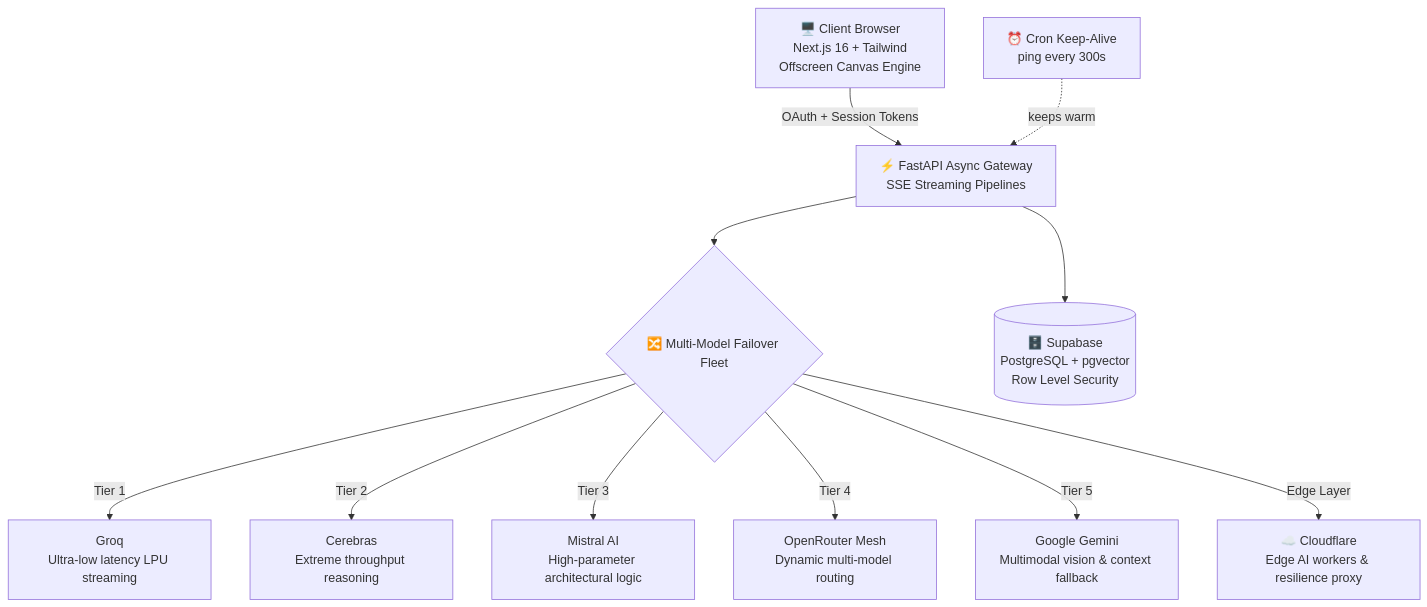
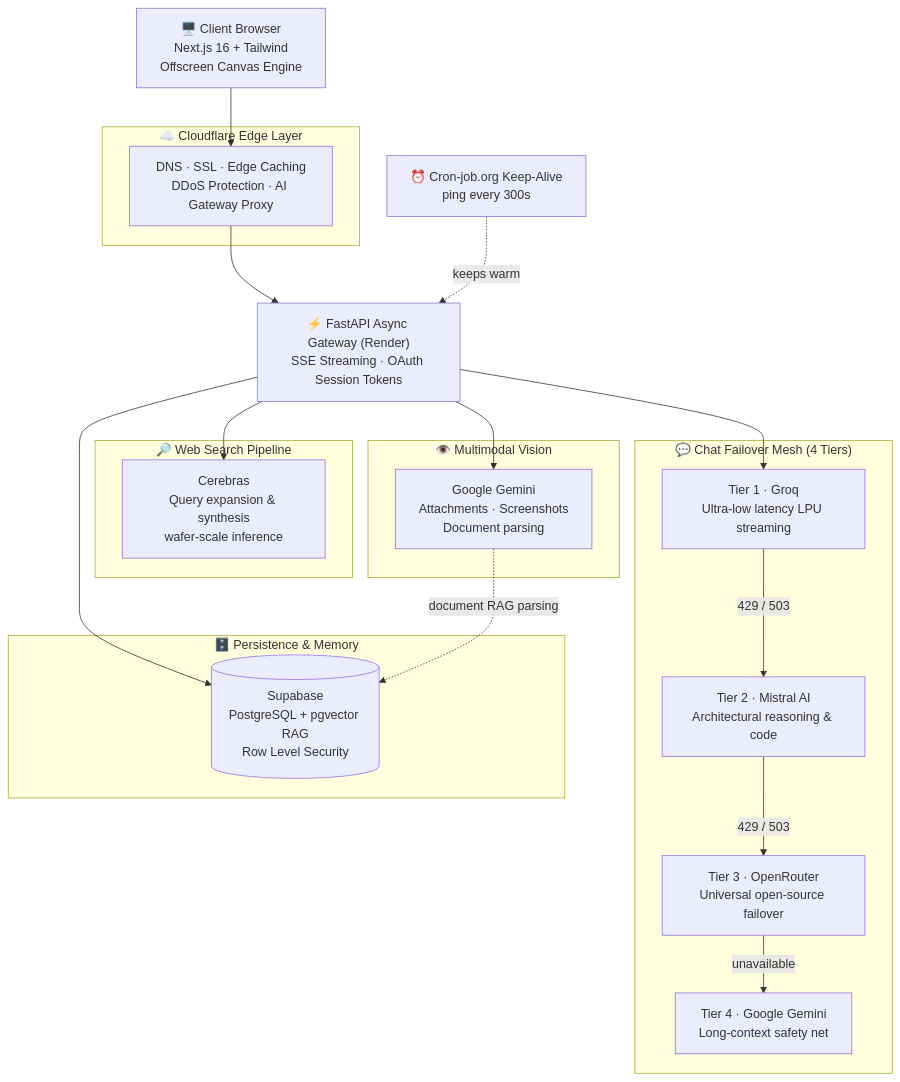
One commit to Md-Salik-Ubair/ubair-os changed the first of 2 diagrams in README.md. Above: the diagram before and after it, drawn with Mermaid. The commit also changed other lines of this file, not shown here.

Commit message:
docs: finalize production architectural README with 4-tier mesh and edge topology

````diff
--- a/README.md
+++ b/README.md
@@ -113,13 +122,39 @@
 ```mermaid
 flowchart TD
-    A["🖥️ Client Browser<br/>Next.js 16 + Tailwind<br/>Offscreen Canvas Engine"] -->|"OAuth + Session Tokens"| B["⚡ FastAPI Async Gateway<br/>SSE Streaming Pipelines"]
-    B --> C{"🔀 Multi-Model Failover Fleet"}
-    C -->|"Tier 1"| D["Groq<br/>Ultra-low latency LPU streaming"]
-    C -->|"Tier 2"| E["Cerebras<br/>Extreme throughput reasoning"]
-    C -->|"Tier 3"| F["Mistral AI<br/>High-parameter architectural logic"]
-    C -->|"Tier 4"| G["OpenRouter Mesh<br/>Dynamic multi-model routing"]
-    C -->|"Tier 5"| H["Google Gemini<br/>Multimodal vision & context fallback"]
-    C -->|"Edge Layer"| I["☁️ Cloudflare<br/>Edge AI workers & resilience proxy"]
-    B --> J[("🗄️ Supabase<br/>PostgreSQL + pgvector<br/>Row Level Security")]
-    K["⏰ Cron Keep-Alive<br/>ping every 300s"] -.->|"keeps warm"| B
+    A["🖥️ Client Browser<br/>Next.js 16 + Tailwind<br/>Offscreen Canvas Engine"] --> CF
+
+    subgraph EDGE["☁️ Cloudflare Edge Layer"]
+        CF["DNS · SSL · Edge Caching<br/>DDoS Protection · AI Gateway Proxy"]
+    end
+
+    CF --> B["⚡ FastAPI Async Gateway (Render)<br/>SSE Streaming · OAuth Session Tokens"]
+    K["⏰ Cron-job.org Keep-Alive<br/>ping every 300s"] -.->|"keeps warm"| B
+
+    subgraph CHAT["💬 Chat Failover Mesh (4 Tiers)"]
+        T1["Tier 1 · Groq<br/>Ultra-low latency LPU streaming"]
+        T2["Tier 2 · Mistral AI<br/>Architectural reasoning & code"]
+        T3["Tier 3 · OpenRouter<br/>Universal open-source failover"]
+        T4["Tier 4 · Google Gemini<br/>Long-context safety net"]
+        T1 -->|"429 / 503"| T2
+        T2 -->|"429 / 503"| T3
+        T3 -->|"unavailable"| T4
+    end
+
+    subgraph SEARCH["🔎 Web Search Pipeline"]
+        S1["Cerebras<br/>Query expansion & synthesis<br/>wafer-scale inference"]
+    end
+
+    subgraph VISION["👁️ Multimodal Vision"]
+        V1["Google Gemini<br/>Attachments · Screenshots<br/>Document parsing"]
+    end
+
+    subgraph DATA["🗄️ Persistence & Memory"]
+        D1[("Supabase<br/>PostgreSQL + pgvector RAG<br/>Row Level Security")]
+    end
+
+    B --> T1
+    B --> S1
+    B --> V1
+    B --> D1
+    V1 -.->|"document RAG parsing"| D1
 ```
````
